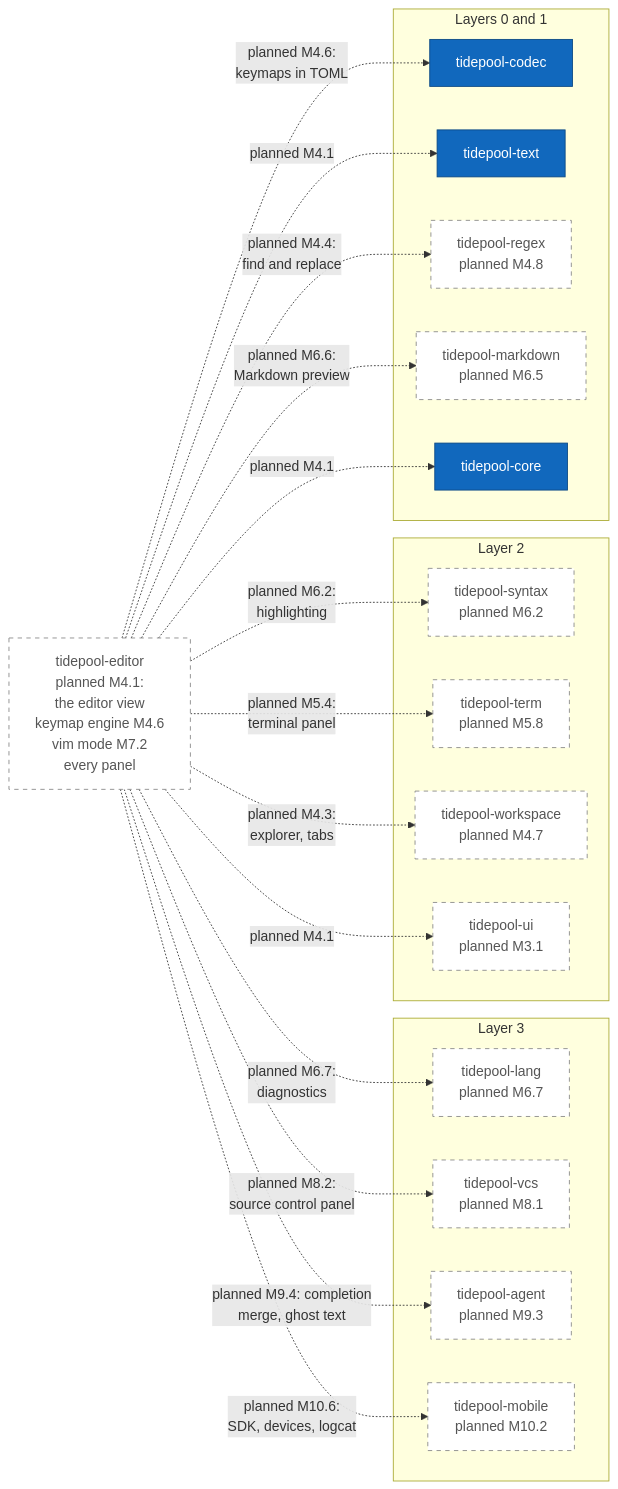
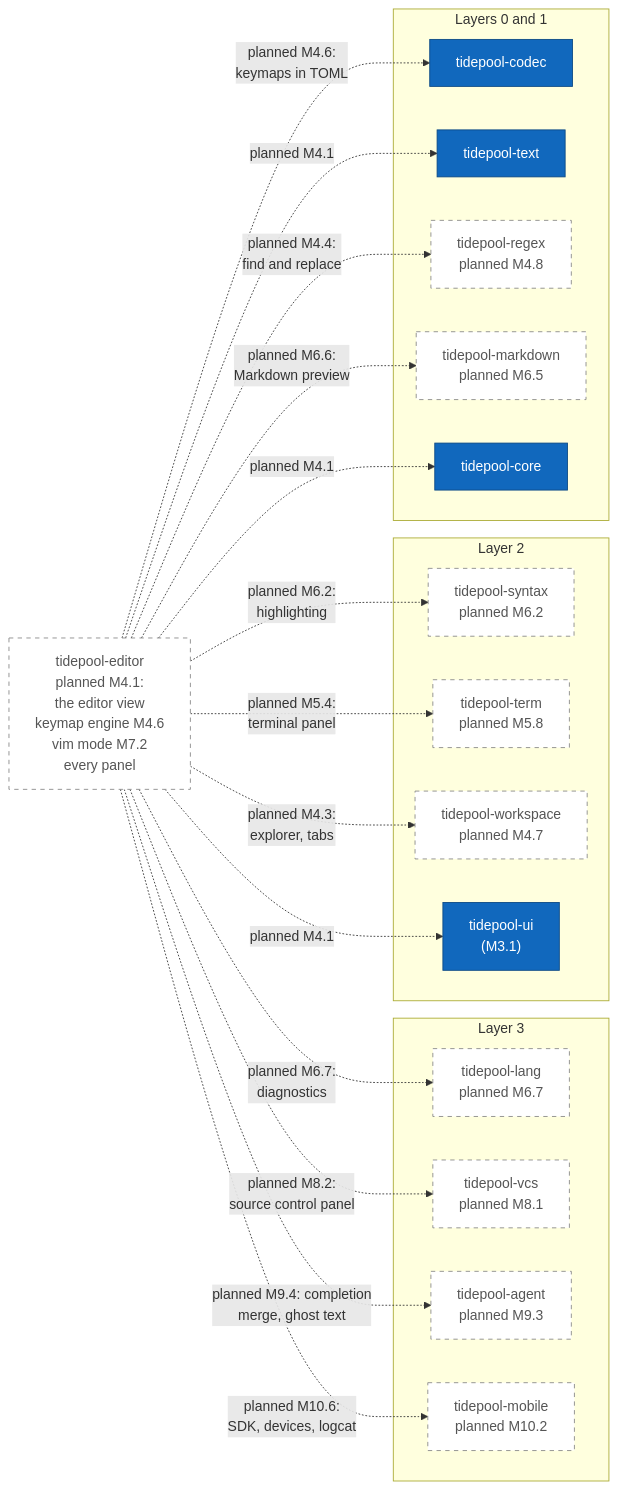
Before and after one commit to jabbott-iii/Tidepool: the ninth of 17 diagrams in diagrams/c4-architecture.md, drawn with Mermaid. The commit also changed other lines of this file and 32 other files, not shown here.

````diff
--- a/diagrams/c4-architecture.md
+++ b/diagrams/c4-architecture.md
@@ -463,43 +466,43 @@
 ```mermaid
 flowchart LR
     k_editor["tidepool-editor<br/>planned M4.1:<br/>the editor view<br/>keymap engine M4.6<br/>vim mode M7.2<br/>every panel"]
 
     subgraph L3["Layer 3"]
         k_lang["tidepool-lang<br/>planned M6.7"]
         k_vcs["tidepool-vcs<br/>planned M8.1"]
         k_agent["tidepool-agent<br/>planned M9.3"]
         k_mobile["tidepool-mobile<br/>planned M10.2"]
     end
     subgraph L2["Layer 2"]
         k_syntax["tidepool-syntax<br/>planned M6.2"]
         k_term["tidepool-term<br/>planned M5.8"]
         k_workspace["tidepool-workspace<br/>planned M4.7"]
-        k_ui["tidepool-ui<br/>planned M3.1"]
+        k_ui["tidepool-ui<br/>(M3.1)"]
     end
     subgraph L01["Layers 0 and 1"]
         k_codec["tidepool-codec"]
         k_text["tidepool-text"]
         k_regex["tidepool-regex<br/>planned M4.8"]
         k_markdown["tidepool-markdown<br/>planned M6.5"]
         k_core["tidepool-core"]
     end
 
     k_editor -.->|"planned M4.1"| k_core
     k_editor -.->|"planned M4.1"| k_text
     k_editor -.->|"planned M4.1"| k_ui
     k_editor -.->|"planned M4.6:<br/>keymaps in TOML"| k_codec
     k_editor -.->|"planned M4.3:<br/>explorer, tabs"| k_workspace
     k_editor -.->|"planned M4.4:<br/>find and replace"| k_regex
     k_editor -.->|"planned M5.4:<br/>terminal panel"| k_term
     k_editor -.->|"planned M6.2:<br/>highlighting"| k_syntax
     k_editor -.->|"planned M6.7:<br/>diagnostics"| k_lang
     k_editor -.->|"planned M6.6:<br/>Markdown preview"| k_markdown
     k_editor -.->|"planned M8.2:<br/>source control panel"| k_vcs
     k_editor -.->|"planned M9.4: completion<br/>merge, ghost text"| k_agent
     k_editor -.->|"planned M10.6:<br/>SDK, devices, logcat"| k_mobile
 
     classDef built fill:#1168bd,stroke:#0b4884,color:#ffffff
     classDef planned fill:#ffffff,stroke:#888888,stroke-dasharray: 5 5,color:#555555
-    class k_codec,k_text,k_core built
-    class k_editor,k_lang,k_vcs,k_agent,k_mobile,k_syntax,k_term,k_workspace,k_ui,k_regex,k_markdown planned
+    class k_codec,k_text,k_core,k_ui built
+    class k_editor,k_lang,k_vcs,k_agent,k_mobile,k_syntax,k_term,k_workspace,k_regex,k_markdown planned
 ```
````
